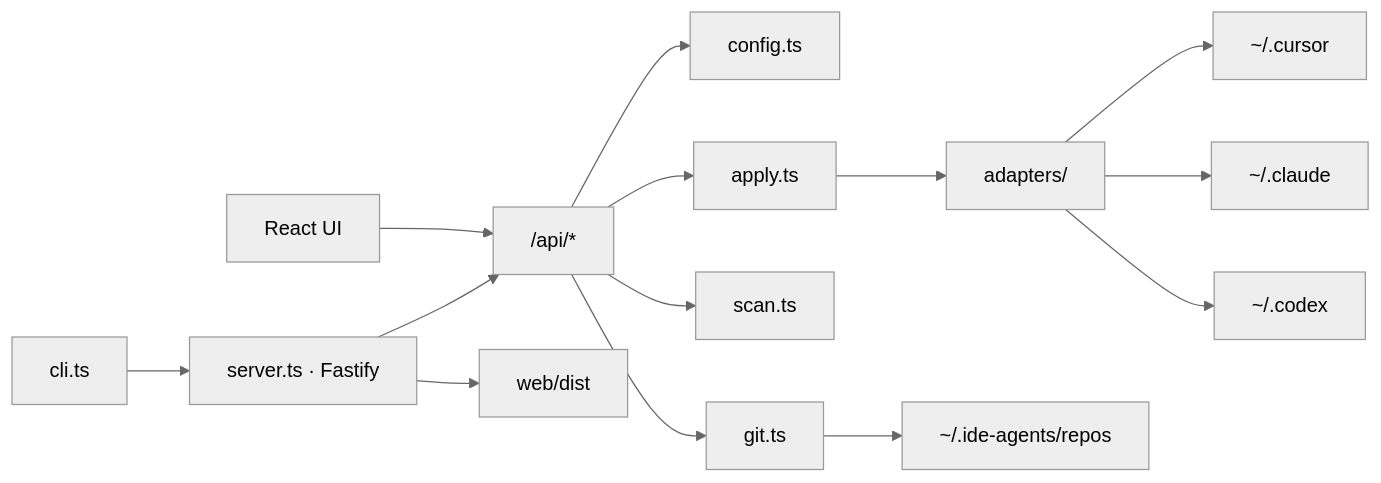
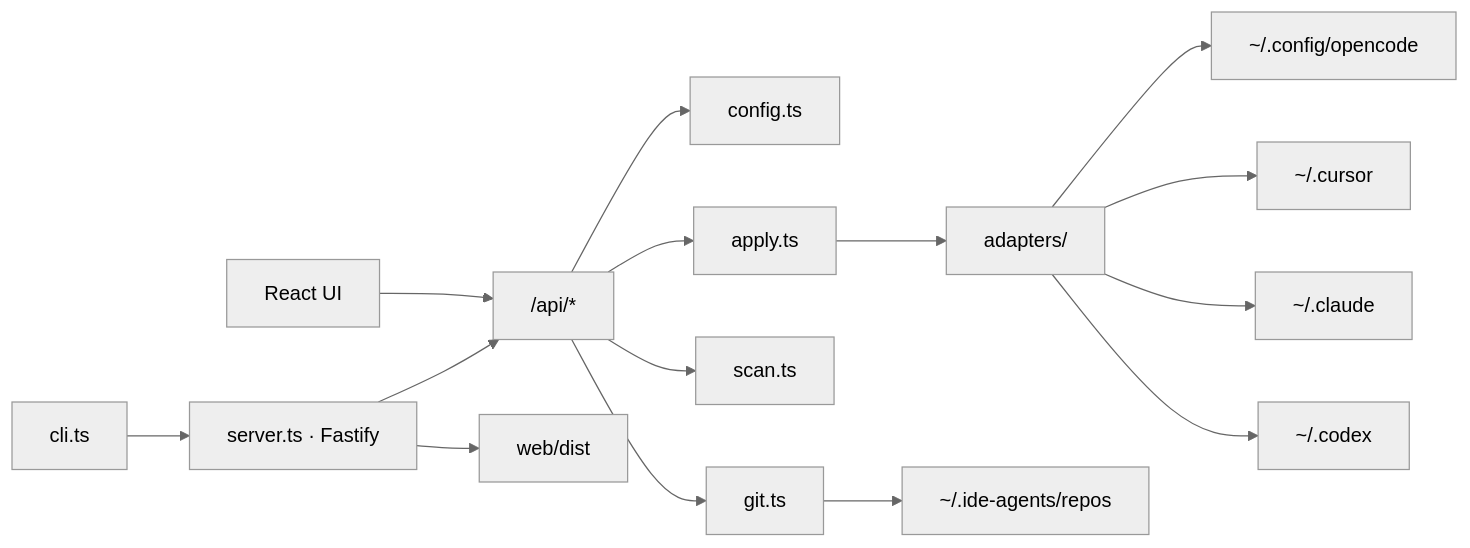
Before and after one commit to sergeychernov/ide-agents: the diagram in docs/docs/architecture.mdx, drawn with Mermaid (neutral theme). The commit also changed other lines of this file and 10 other files, not shown here.

First line of the commit message:
Update documentation and configuration for OpenCode support

````diff
--- a/docs/docs/architecture.mdx
+++ b/docs/docs/architecture.mdx
@@ -10,16 +10,17 @@
 ```mermaid
 flowchart LR
   CLI["cli.ts"] --> Server["server.ts · Fastify"]
   Server --> API["/api/*"]
   Server --> Static["web/dist"]
   UI["React UI"] --> API
   API --> Config["config.ts"]
   API --> Git["git.ts"]
   API --> Scan["scan.ts"]
   API --> Apply["apply.ts"]
   Apply --> Adapters["adapters/"]
+  Adapters --> OpenCode["~/.config/opencode"]
   Adapters --> Cursor["~/.cursor"]
   Adapters --> Claude["~/.claude"]
   Adapters --> Codex["~/.codex"]
   Git --> Repos["~/.ide-agents/repos"]
 ```
````
